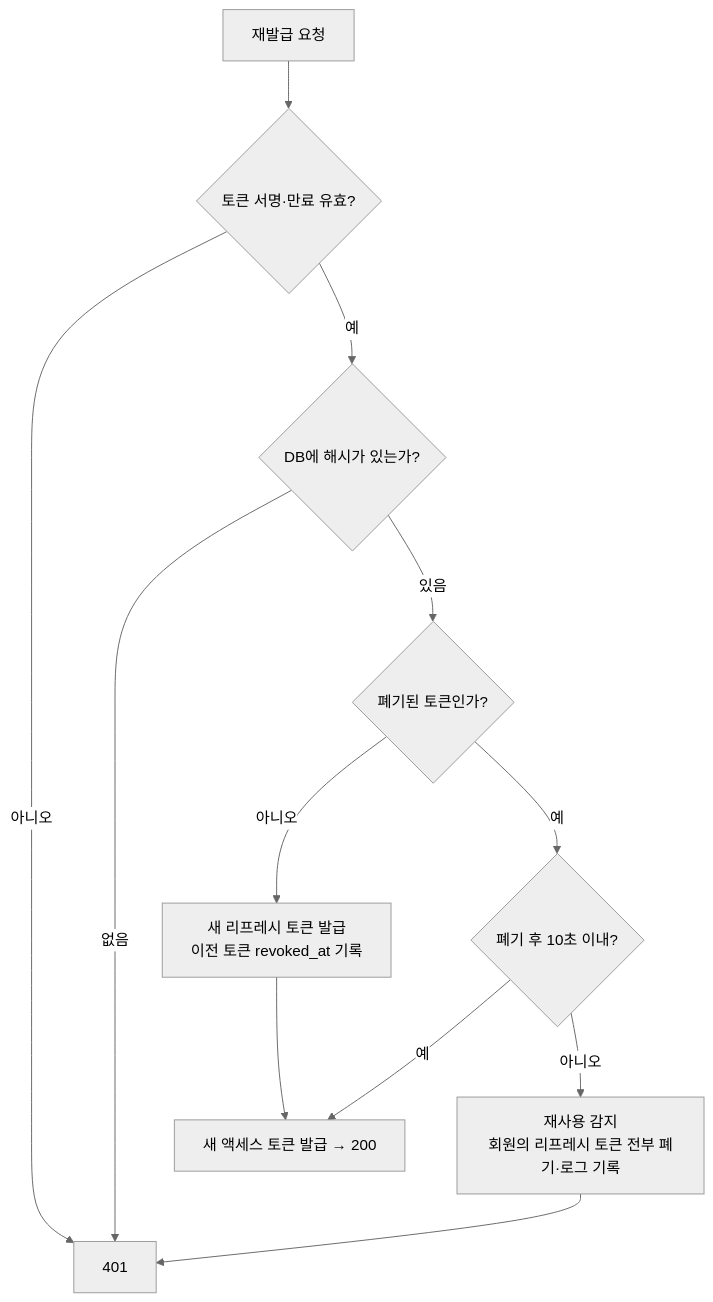
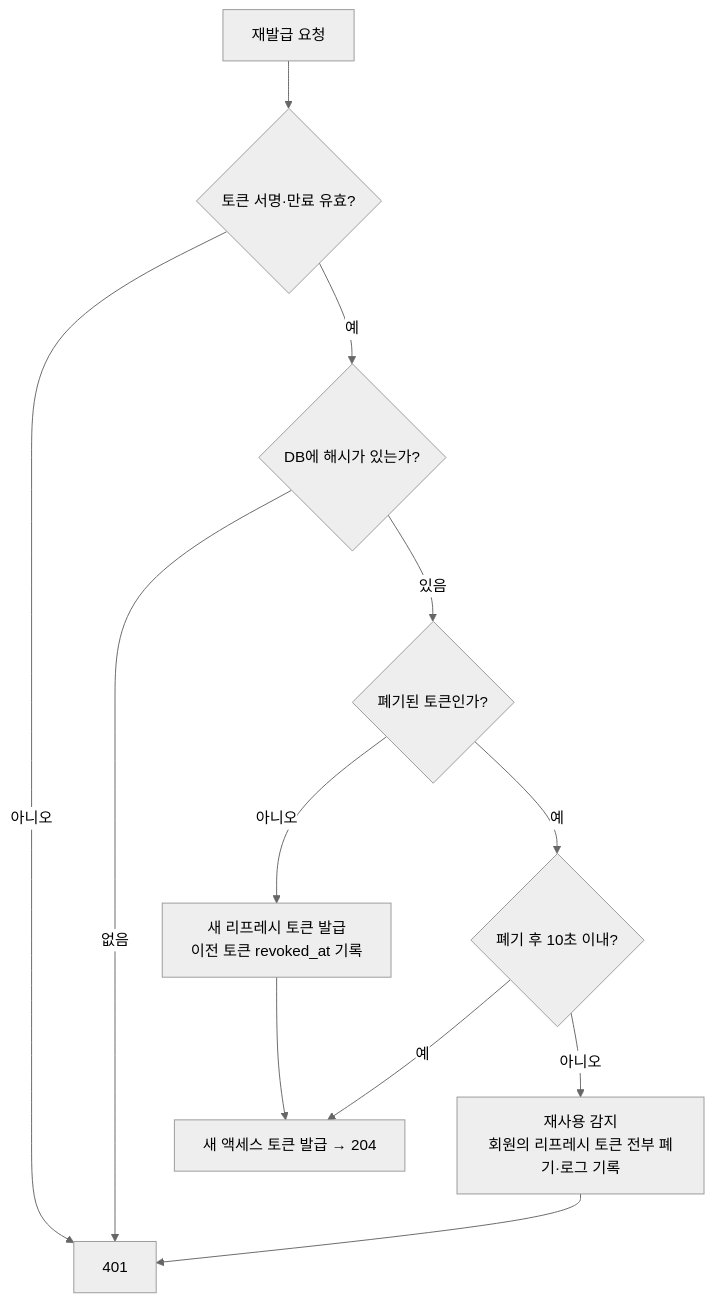
One commit to kwakseobang/AuDDum changed the first of 3 diagrams in docs/인증-중복-참여.md. Above: the diagram before and after it, drawn with Mermaid (neutral theme). The commit also changed other lines of this file and 42 other files, not shown here.

````diff
--- a/docs/인증-중복-참여.md
+++ b/docs/인증-중복-참여.md
@@ -53,14 +56,14 @@
 ```mermaid
 flowchart TD
     A[재발급 요청] --> B{토큰 서명·만료 유효?}
     B -- 아니오 --> X1[401]
     B -- 예 --> C{DB에 해시가 있는가?}
     C -- 없음 --> X1
     C -- 있음 --> D{폐기된 토큰인가?}
     D -- 아니오 --> E[새 리프레시 토큰 발급<br/>이전 토큰 revoked_at 기록]
-    E --> F[새 액세스 토큰 발급 → 200]
+    E --> F[새 액세스 토큰 발급 → 204]
     D -- 예 --> G{폐기 후 10초 이내?}
     G -- 예 --> F
     G -- 아니오 --> H[재사용 감지<br/>회원의 리프레시 토큰 전부 폐기·로그 기록]
     H --> X1
 ```
````
